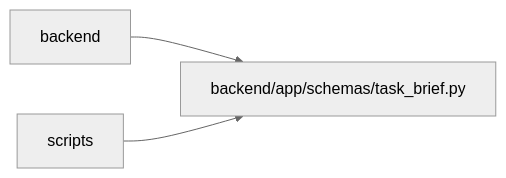
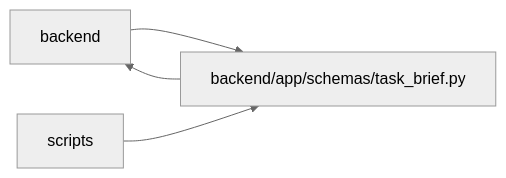
One commit to Denissvgn/WorkChord changed the diagram in docs/llm_wiki/modules/schemas_task_brief.md. Above: the diagram before and after it, drawn with Mermaid (neutral theme). The commit also changed other lines of this file and 25171 other files, not shown here.

````diff
--- a/docs/llm_wiki/modules/schemas_task_brief.md
+++ b/docs/llm_wiki/modules/schemas_task_brief.md
@@ -21,9 +22,10 @@
 ```mermaid
 flowchart LR
     n0["backend"]
     n1["backend/app/schemas/task_brief.py"]
     n2["scripts"]
     n0 --> n1
+    n1 --> n0
     n2 --> n1
     click n1 "../modules/schemas_task_brief.md"
 ```
````
